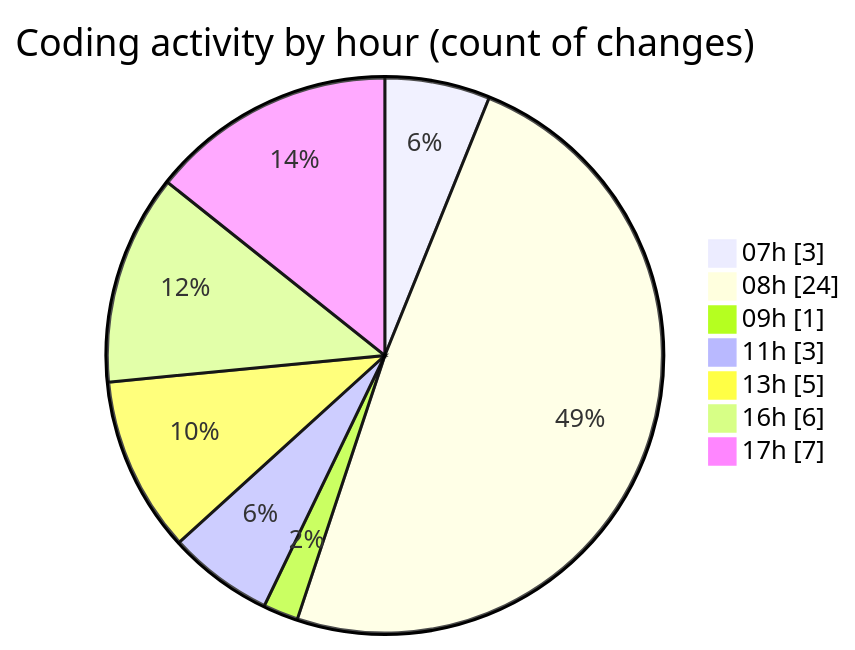
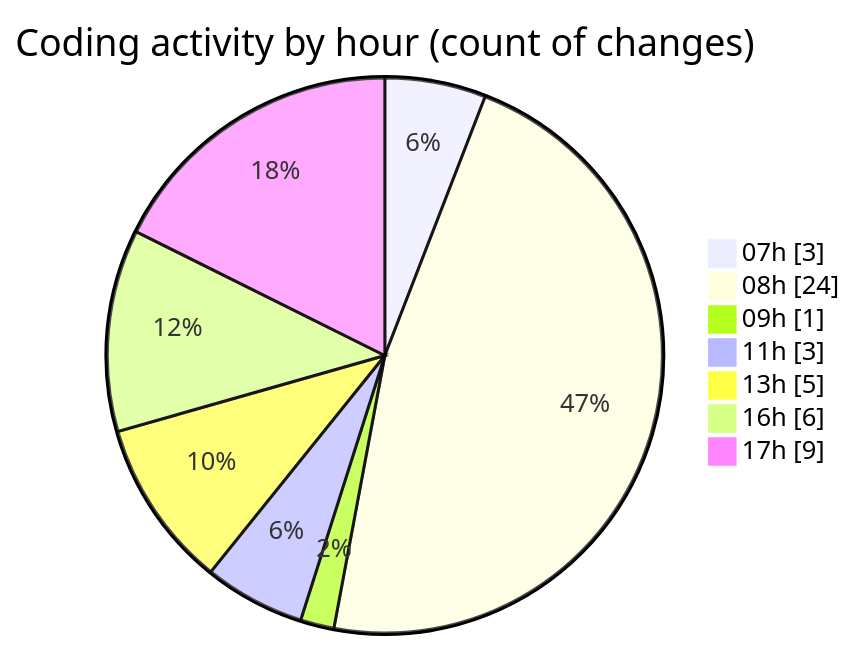
The second of 2 diagrams in 2026-02-20/bot_i_a/README.md (becaeroporto-bot/code-tracking), drawn with Mermaid before and after one commit. The commit also changed other lines of this file and 1 other file, not shown here.

````diff
--- a/2026-02-20/bot_i_a/README.md
+++ b/2026-02-20/bot_i_a/README.md
@@ -51,11 +51,11 @@
 ```mermaid
 pie showData
 title Coding activity by hour (count of changes)
 "07h" : 3
 "08h" : 24
 "09h" : 1
 "11h" : 3
 "13h" : 5
 "16h" : 6
-"17h" : 7
+"17h" : 9
 ```
````
